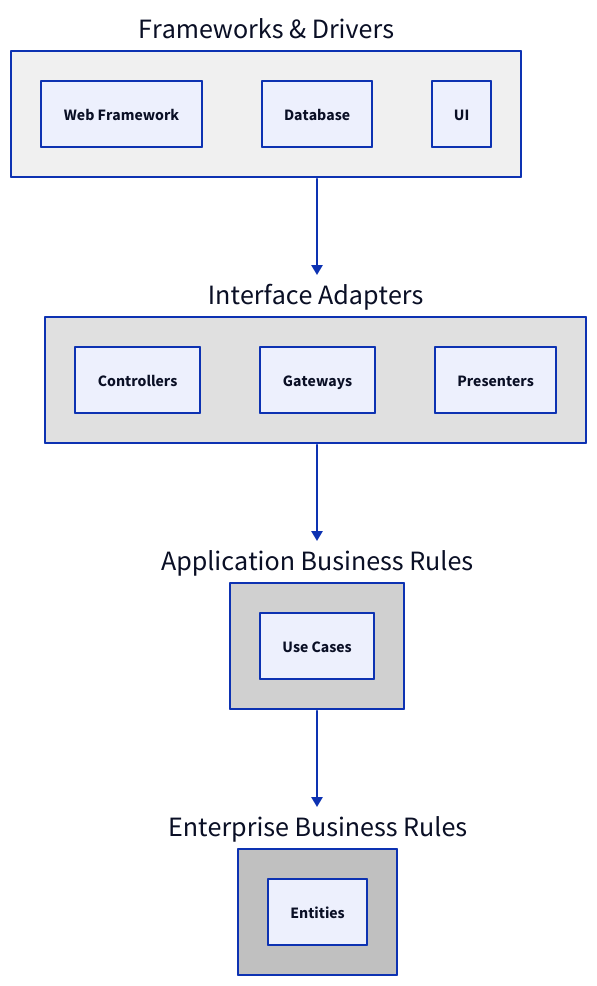
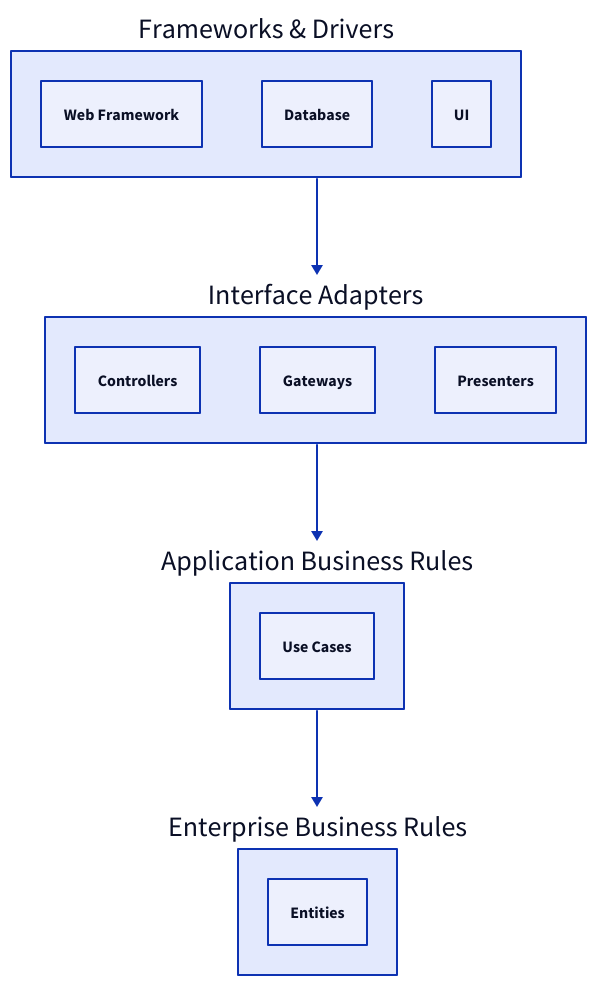
Before and after one commit to viryoke/knowledge-base: the third of 12 diagrams in content/concepts/kroki-test.md, drawn with D2. The commit also changed other lines of this file and 1 other file, not shown here.

Commit message:
test: add PlantUML architecture diagrams for comparison, fix D2 syntax issues

````diff
--- a/content/concepts/kroki-test.md
+++ b/content/concepts/kroki-test.md
@@ -87,27 +87,29 @@
 ```d2
-Frameworks: Frameworks & Drivers {
-  style.fill: "#f0f0f0"
+direction: down
+
+Frameworks: {
+  label: "Frameworks & Drivers"
   Web Framework
   Database
   UI
 }
 
-Adapters: Interface Adapters {
-  style.fill: "#e0e0e0"
+Adapters: {
+  label: "Interface Adapters"
   Controllers
   Gateways
   Presenters
 }
 
-UseCases: Application Business Rules {
-  style.fill: "#d0d0d0"
+UseCases: {
+  label: "Application Business Rules"
   Use Cases
 }
 
-Entities: Enterprise Business Rules {
-  style.fill: "#c0c0c0"
+Entities: {
+  label: "Enterprise Business Rules"
   Entities
 }
 
 Frameworks -> Adapters -> UseCases -> Entities
 ```
````
